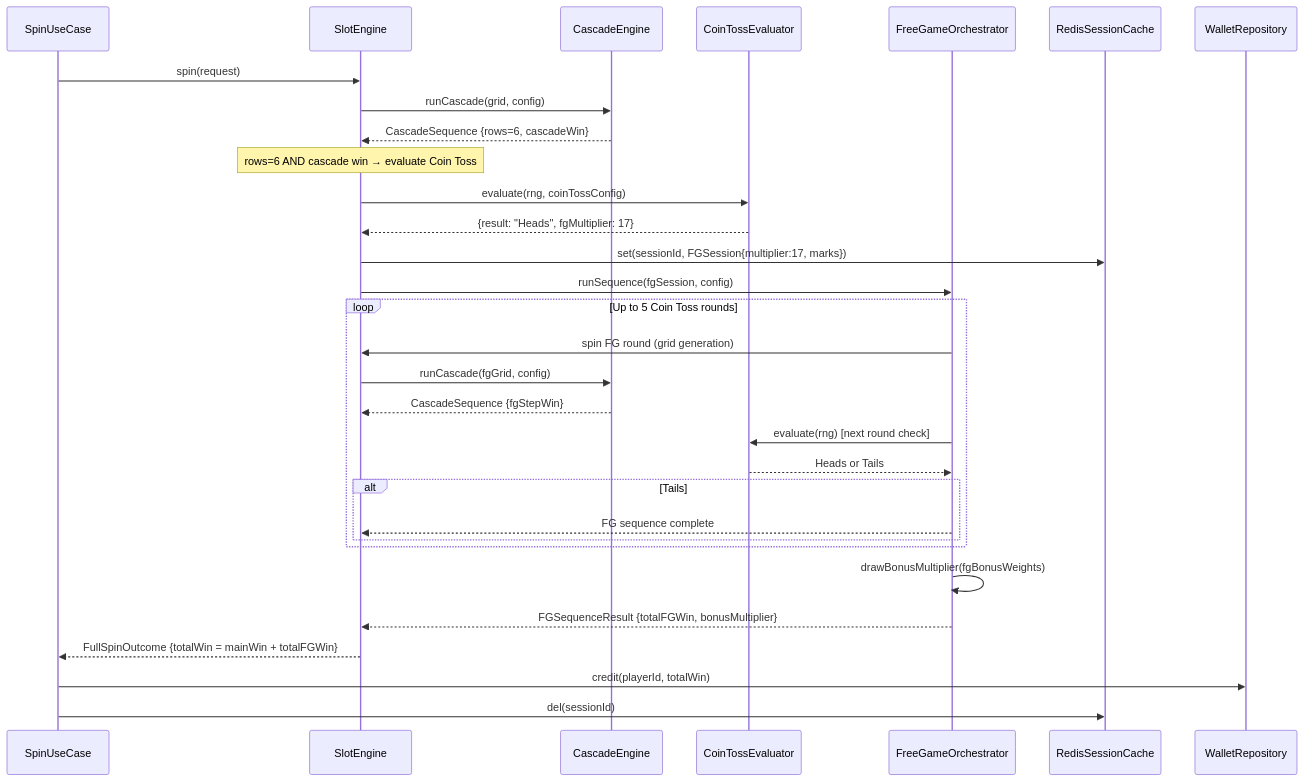
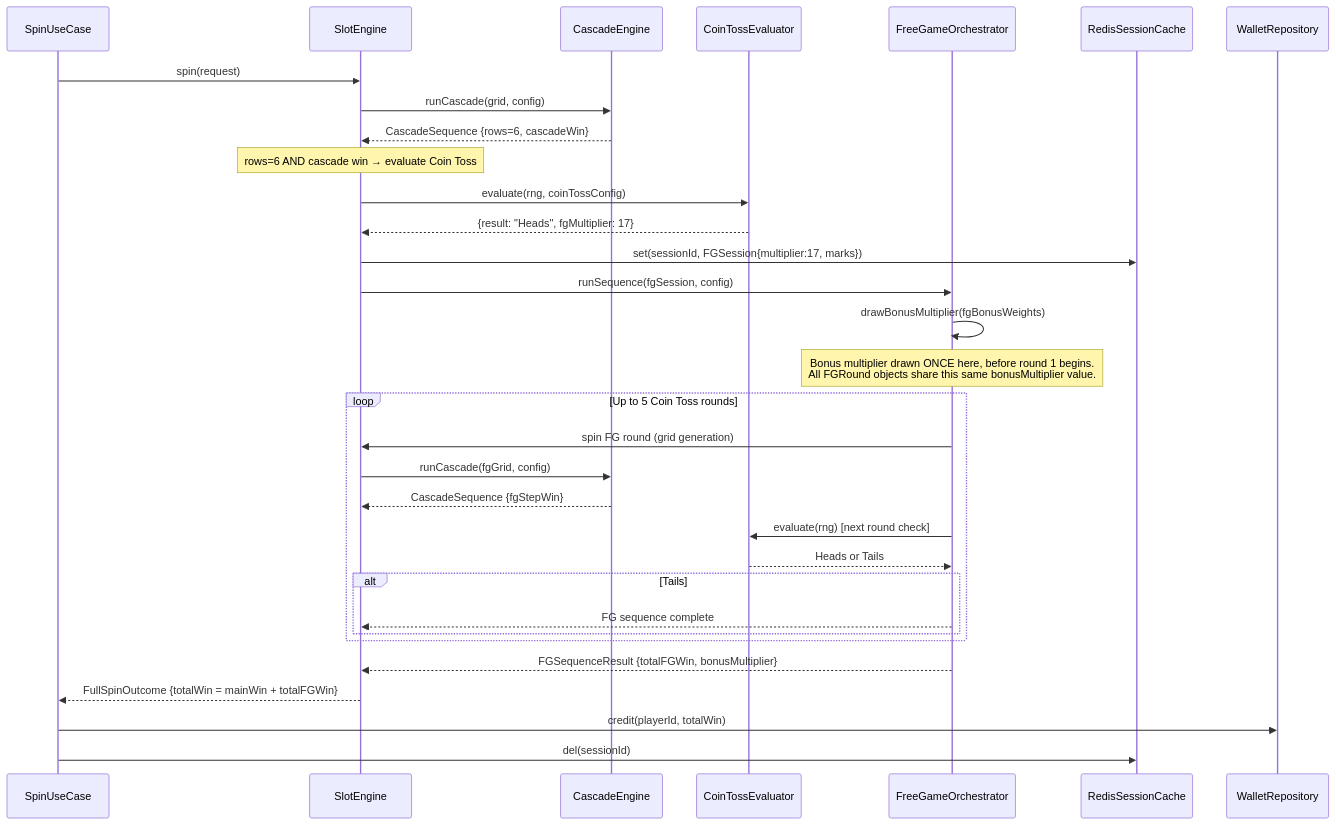
The seventh of 16 diagrams in docs/EDD.md (ibalasite/slot), drawn with Mermaid before and after one commit. The commit also changed other lines of this file and 1 other file, not shown here.

````diff
--- a/docs/EDD.md
+++ b/docs/EDD.md
@@ -713,34 +714,35 @@
 ```mermaid
 sequenceDiagram
     participant SU as SpinUseCase
     participant SE as SlotEngine
     participant CE as CascadeEngine
     participant CT as CoinTossEvaluator
     participant FGO as FreeGameOrchestrator
     participant RC as RedisSessionCache
     participant WR as WalletRepository
 
     SU->>SE: spin(request)
     SE->>CE: runCascade(grid, config)
     CE-->>SE: CascadeSequence {rows=6, cascadeWin}
     Note over SE: rows=6 AND cascade win → evaluate Coin Toss
     SE->>CT: evaluate(rng, coinTossConfig)
     CT-->>SE: {result: "Heads", fgMultiplier: 17}
     SE->>RC: set(sessionId, FGSession{multiplier:17, marks})
     SE->>FGO: runSequence(fgSession, config)
+    FGO->>FGO: drawBonusMultiplier(fgBonusWeights)
+    Note over FGO: Bonus multiplier drawn ONCE here, before round 1 begins.<br/>All FGRound objects share this same bonusMultiplier value.
     loop Up to 5 Coin Toss rounds
         FGO->>SE: spin FG round (grid generation)
         SE->>CE: runCascade(fgGrid, config)
         CE-->>SE: CascadeSequence {fgStepWin}
         FGO->>CT: evaluate(rng) [next round check]
         CT-->>FGO: Heads or Tails
         alt Tails
             FGO-->>SE: FG sequence complete
         end
     end
-    FGO->>FGO: drawBonusMultiplier(fgBonusWeights)
     FGO-->>SE: FGSequenceResult {totalFGWin, bonusMultiplier}
     SE-->>SU: FullSpinOutcome {totalWin = mainWin + totalFGWin}
     SU->>WR: credit(playerId, totalWin)
     SU->>RC: del(sessionId)
 ```
````
